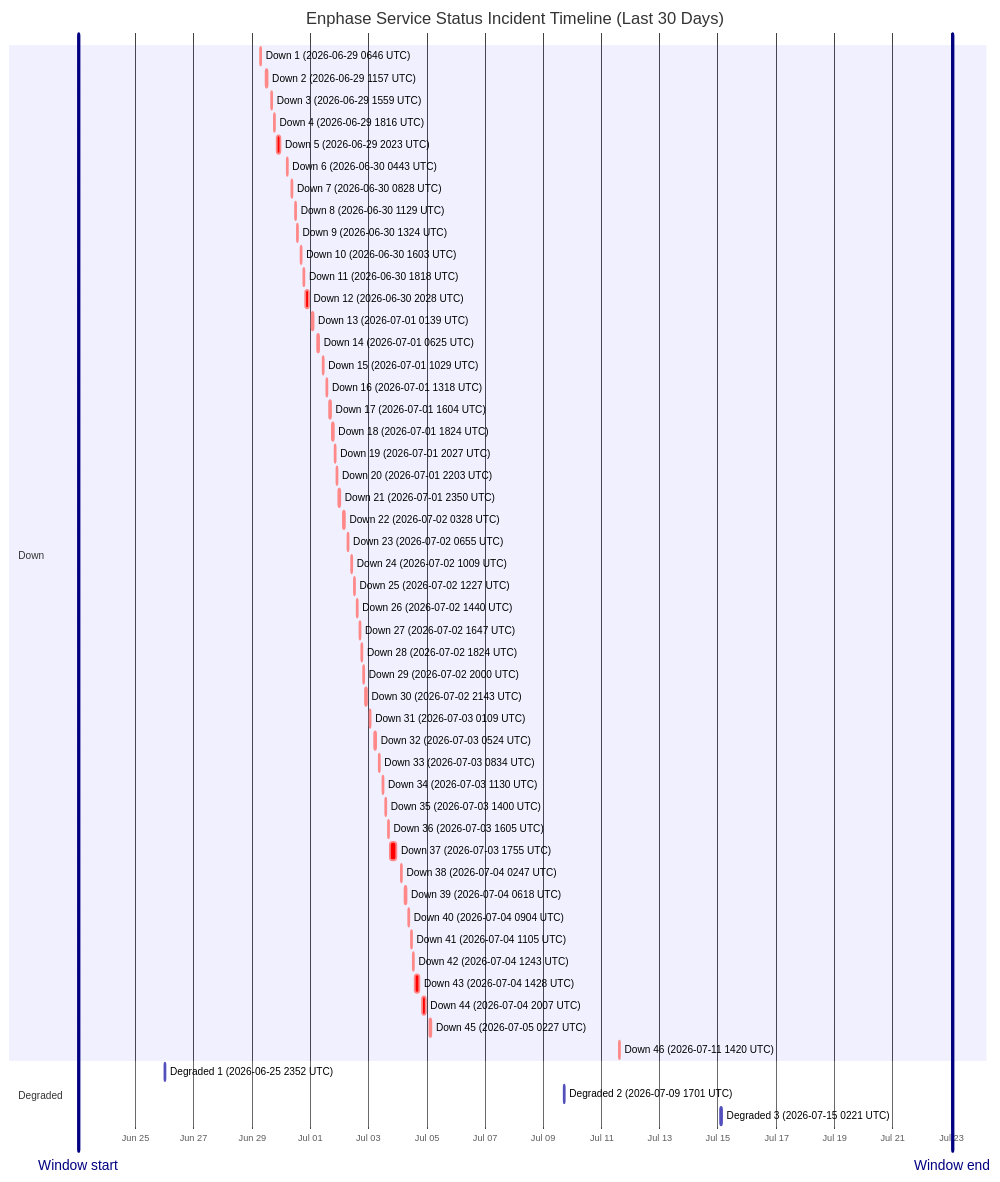
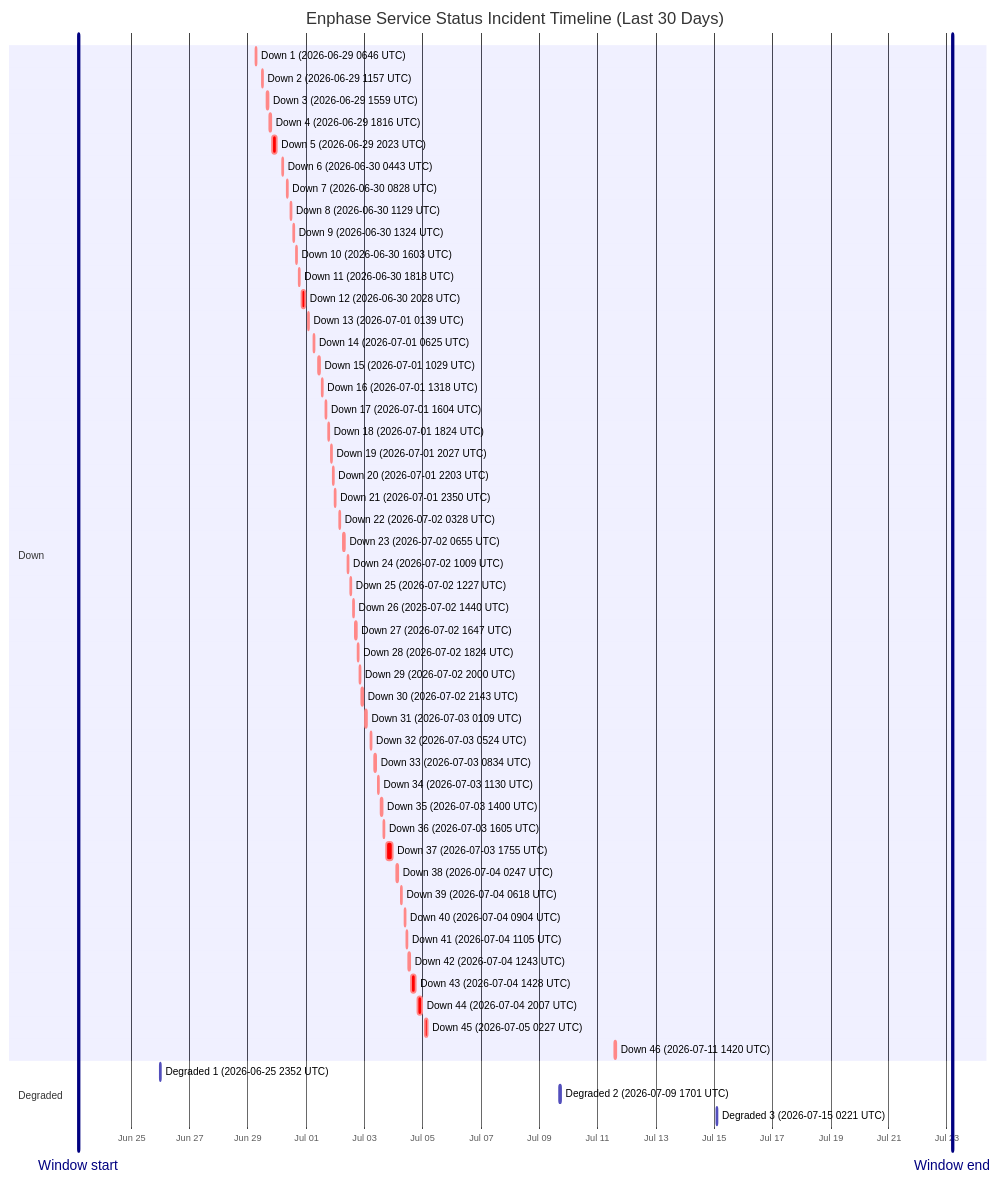
The diagram in wiki/Service-Status-History.md (barneyonline/ha-enphase-energy), drawn with Mermaid before and after one commit. The commit also changed other lines of this file and 3 other files, not shown here.

````diff
--- a/wiki/Service-Status-History.md
+++ b/wiki/Service-Status-History.md
@@ -14,59 +14,59 @@
 ```mermaid
 gantt
     title Enphase Service Status Incident Timeline (Last 30 Days)
     dateFormat  YYYY-MM-DDTHH:mm:ss
     axisFormat  %b %d
-    Window start :vert, window-start, 2026-06-23T00:59:57, 0ms
-    Window end :vert, window-end, 2026-07-23T00:59:57, 0ms
+    Window start :vert, window-start, 2026-06-23T04:23:08, 0ms
+    Window end :vert, window-end, 2026-07-23T04:23:08, 0ms
     section Down
     Down 1 (2026-06-29 0646 UTC) :crit, down-1, 2026-06-29T06:46:18, 60m
     Down 2 (2026-06-29 1157 UTC) :crit, down-2, 2026-06-29T11:57:36, 60m
     Down 3 (2026-06-29 1559 UTC) :crit, down-3, 2026-06-29T15:59:02, 60m
     Down 4 (2026-06-29 1816 UTC) :crit, down-4, 2026-06-29T18:16:38, 60m
     Down 5 (2026-06-29 2023 UTC) :crit, down-5, 2026-06-29T20:23:16, 220m
     Down 6 (2026-06-30 0443 UTC) :crit, down-6, 2026-06-30T04:43:54, 60m
     Down 7 (2026-06-30 0828 UTC) :crit, down-7, 2026-06-30T08:28:43, 60m
     Down 8 (2026-06-30 1129 UTC) :crit, down-8, 2026-06-30T11:29:15, 60m
     Down 9 (2026-06-30 1324 UTC) :crit, down-9, 2026-06-30T13:24:25, 60m
     Down 10 (2026-06-30 1603 UTC) :crit, down-10, 2026-06-30T16:03:26, 60m
     Down 11 (2026-06-30 1818 UTC) :crit, down-11, 2026-06-30T18:18:39, 60m
     Down 12 (2026-06-30 2028 UTC) :crit, down-12, 2026-06-30T20:28:54, 171m
     Down 13 (2026-07-01 0139 UTC) :crit, down-13, 2026-07-01T01:39:18, 60m
     Down 14 (2026-07-01 0625 UTC) :crit, down-14, 2026-07-01T06:25:35, 60m
     Down 15 (2026-07-01 1029 UTC) :crit, down-15, 2026-07-01T10:29:24, 60m
     Down 16 (2026-07-01 1318 UTC) :crit, down-16, 2026-07-01T13:18:31, 60m
     Down 17 (2026-07-01 1604 UTC) :crit, down-17, 2026-07-01T16:04:29, 60m
     Down 18 (2026-07-01 1824 UTC) :crit, down-18, 2026-07-01T18:24:21, 60m
     Down 19 (2026-07-01 2027 UTC) :crit, down-19, 2026-07-01T20:27:17, 60m
     Down 20 (2026-07-01 2203 UTC) :crit, down-20, 2026-07-01T22:03:46, 60m
     Down 21 (2026-07-01 2350 UTC) :crit, down-21, 2026-07-01T23:50:52, 60m
     Down 22 (2026-07-02 0328 UTC) :crit, down-22, 2026-07-02T03:28:33, 60m
     Down 23 (2026-07-02 0655 UTC) :crit, down-23, 2026-07-02T06:55:07, 60m
     Down 24 (2026-07-02 1009 UTC) :crit, down-24, 2026-07-02T10:09:15, 60m
     Down 25 (2026-07-02 1227 UTC) :crit, down-25, 2026-07-02T12:27:49, 60m
     Down 26 (2026-07-02 1440 UTC) :crit, down-26, 2026-07-02T14:40:53, 60m
     Down 27 (2026-07-02 1647 UTC) :crit, down-27, 2026-07-02T16:47:47, 60m
     Down 28 (2026-07-02 1824 UTC) :crit, down-28, 2026-07-02T18:24:26, 60m
     Down 29 (2026-07-02 2000 UTC) :crit, down-29, 2026-07-02T20:00:57, 60m
     Down 30 (2026-07-02 2143 UTC) :crit, down-30, 2026-07-02T21:43:52, 80m
     Down 31 (2026-07-03 0109 UTC) :crit, down-31, 2026-07-03T01:09:19, 60m
     Down 32 (2026-07-03 0524 UTC) :crit, down-32, 2026-07-03T05:24:23, 60m
     Down 33 (2026-07-03 0834 UTC) :crit, down-33, 2026-07-03T08:34:05, 60m
     Down 34 (2026-07-03 1130 UTC) :crit, down-34, 2026-07-03T11:30:41, 60m
     Down 35 (2026-07-03 1400 UTC) :crit, down-35, 2026-07-03T14:00:48, 60m
     Down 36 (2026-07-03 1605 UTC) :crit, down-36, 2026-07-03T16:05:49, 60m
     Down 37 (2026-07-03 1755 UTC) :crit, down-37, 2026-07-03T17:55:54, 338m
     Down 38 (2026-07-04 0247 UTC) :crit, down-38, 2026-07-04T02:47:22, 60m
     Down 39 (2026-07-04 0618 UTC) :crit, down-39, 2026-07-04T06:18:09, 60m
     Down 40 (2026-07-04 0904 UTC) :crit, down-40, 2026-07-04T09:04:41, 60m
     Down 41 (2026-07-04 1105 UTC) :crit, down-41, 2026-07-04T11:05:21, 60m
     Down 42 (2026-07-04 1243 UTC) :crit, down-42, 2026-07-04T12:43:25, 60m
     Down 43 (2026-07-04 1428 UTC) :crit, down-43, 2026-07-04T14:28:07, 243m
     Down 44 (2026-07-04 2007 UTC) :crit, down-44, 2026-07-04T20:07:50, 206m
     Down 45 (2026-07-05 0227 UTC) :crit, down-45, 2026-07-05T02:27:32, 109m
     Down 46 (2026-07-11 1420 UTC) :crit, down-46, 2026-07-11T14:20:54, 69m
     section Degraded
     Degraded 1 (2026-06-25 2352 UTC) :active, degraded-1, 2026-06-25T23:52:01, 60m
     Degraded 2 (2026-07-09 1701 UTC) :active, degraded-2, 2026-07-09T17:01:02, 60m
     Degraded 3 (2026-07-15 0221 UTC) :active, degraded-3, 2026-07-15T02:21:35, 60m
 ```
````
